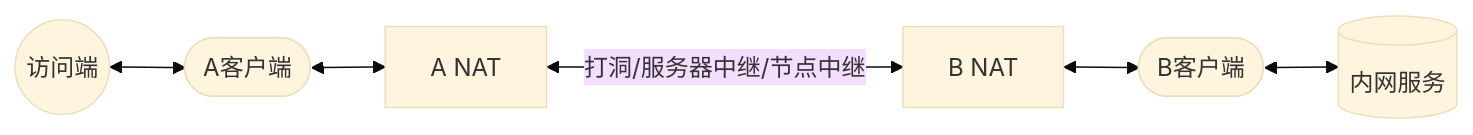
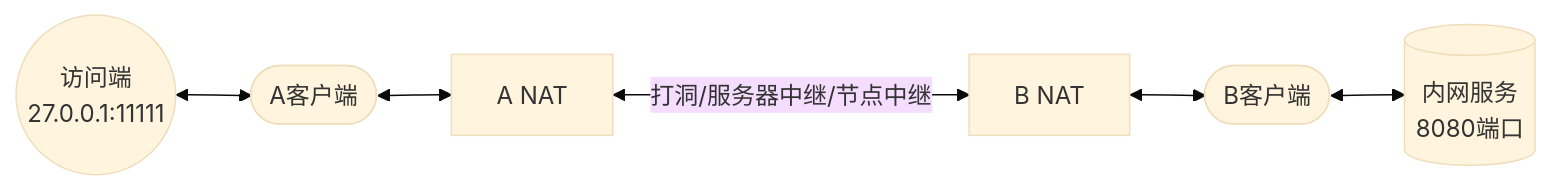
One commit to snltty/p2p-tunnel changed the sixth of 7 diagrams in README.md. Above: the diagram before and after it, drawn with Mermaid (base theme). The commit also changed other lines of this file, not shown here.

````diff
--- a/README.md
+++ b/README.md
@@ -111,4 +109,4 @@
 ```mermaid
     flowchart LR
-   D((访问端)) <--> id3([A客户端])<--> A[A NAT]<-->|打洞/服务器中继/节点中继| B[B NAT]<-->id4([B客户端])<-->E[(内网服务)]
+   D((访问端\n27.0.0.1:11111)) <--> id3([A客户端])<--> A[A NAT]<-->|打洞/服务器中继/节点中继| B[B NAT]<-->id4([B客户端])<-->E[(内网服务\n8080端口)]
 ```
````
